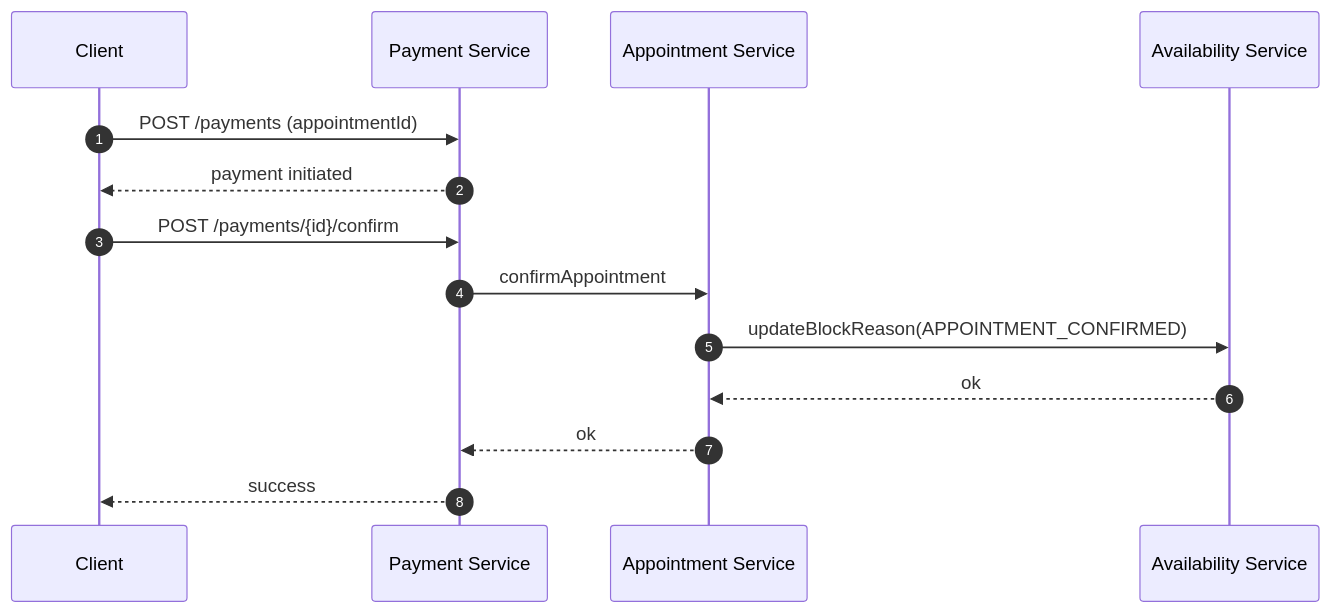
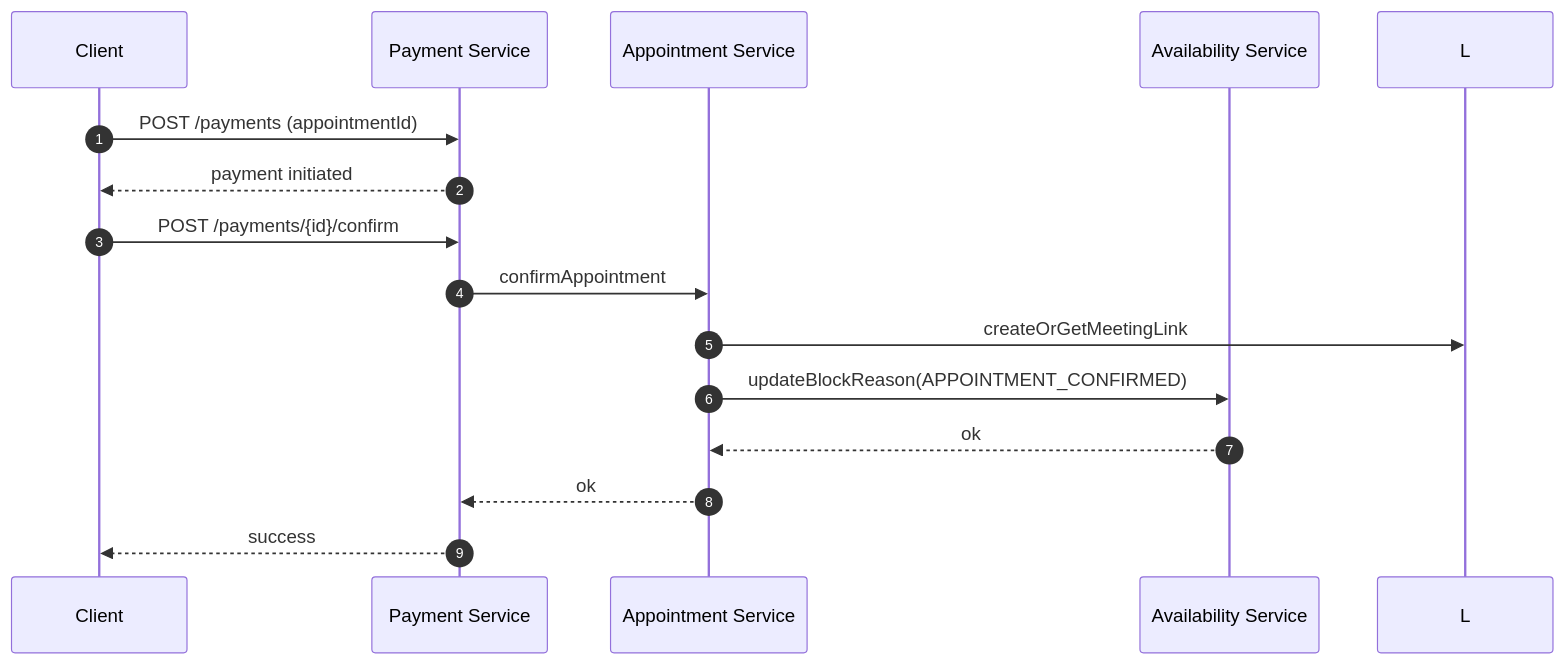
One commit to shibashisdey/council changed the fourth of 7 diagrams in docs/ARCHITECTURE.md. Above: the diagram before and after it, drawn with Mermaid. The commit also changed other lines of this file and 493 other files, not shown here.

````diff
--- a/docs/ARCHITECTURE.md
+++ b/docs/ARCHITECTURE.md
@@ -86,16 +90,17 @@
 ```mermaid
 sequenceDiagram
   autonumber
   participant C as Client
   participant P as Payment Service
   participant A as Appointment Service
   participant V as Availability Service
   C->>P: POST /payments (appointmentId)
   P-->>C: payment initiated
   C->>P: POST /payments/{id}/confirm
   P->>A: confirmAppointment
+  A->>L: createOrGetMeetingLink
   A->>V: updateBlockReason(APPOINTMENT_CONFIRMED)
   V-->>A: ok
   A-->>P: ok
   P-->>C: success
 ```
````
